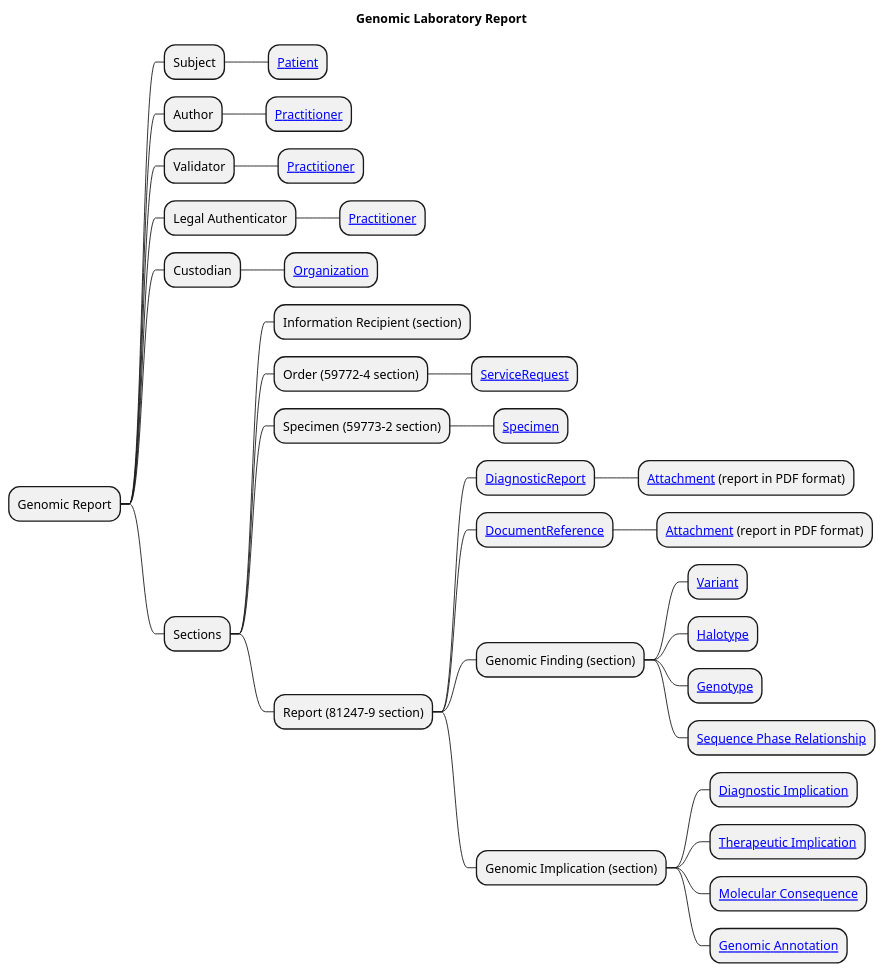
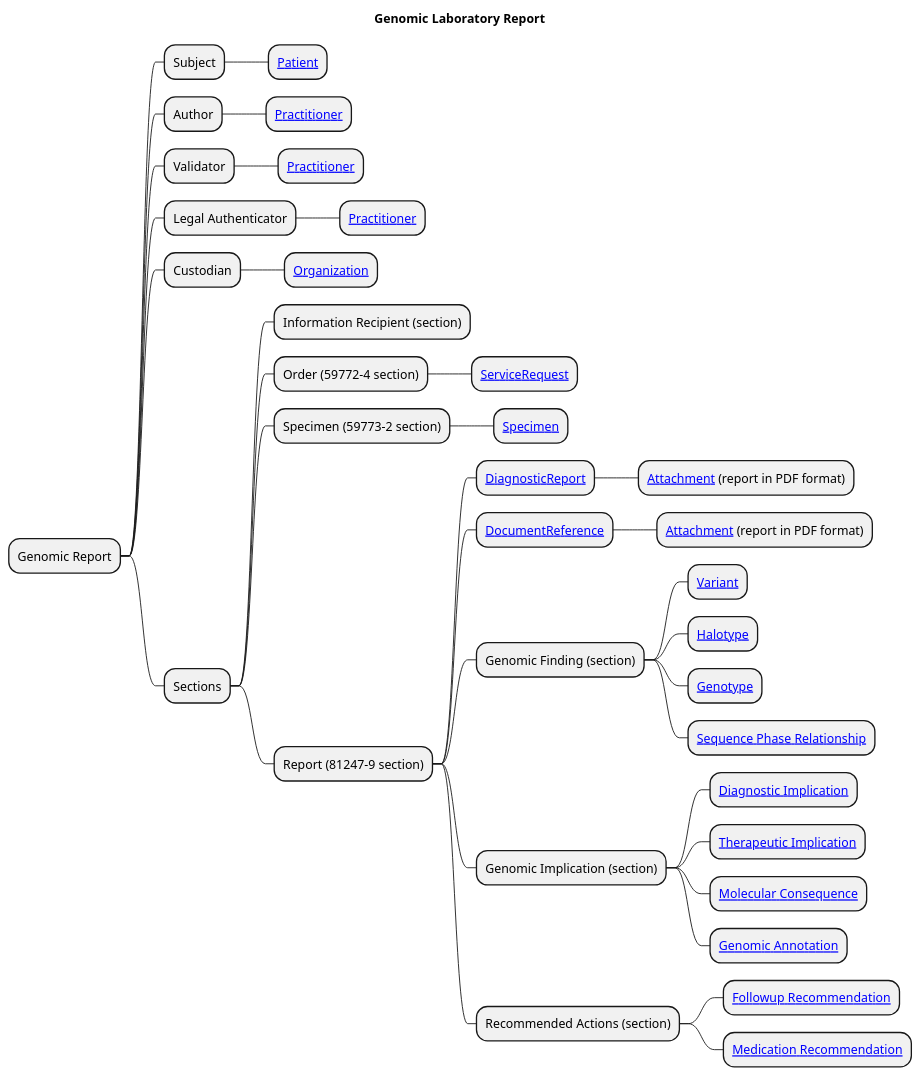
Before and after one commit to nw-gmsa/nw-gmsa.github.com: the diagram in input/images-source/LaboratoryReport-mindmap.plantuml, drawn with PlantUML. The commit also changed 1 other file, not shown here.

Commit message:
Lab Report mindmap

```diff
--- a/input/images-source/LaboratoryReport-mindmap.plantuml
+++ b/input/images-source/LaboratoryReport-mindmap.plantuml
@@ -1,38 +1,41 @@
 @startmindmap
 
 title "Genomic Laboratory Report"
 
 * Genomic Report
 ** Subject
 *** [[StructureDefinition-Patient.html Patient]]
 ** Author
 *** [[StructureDefinition-Practitioner.html Practitioner]]
 ** Validator
 *** [[StructureDefinition-Practitioner.html Practitioner]]
 ** Legal Authenticator
 *** [[StructureDefinition-Practitioner.html Practitioner]]
 ** Custodian
 *** [[StructureDefinition-Organization.html Organization]]
 ** Sections
 *** Information Recipient (section)
 *** Order (59772-4 section)
 **** [[StructureDefinition-ServiceRequest.html ServiceRequest]]
 *** Specimen (59773-2 section)
 **** [[StructureDefinition-Specimen.html Specimen]]
 *** Report (81247-9 section)
 **** [[StructureDefinition-DiagnosticReport.html DiagnosticReport]]
 ***** [[StructureDefinition-NWAttachment.html Attachment]] (report in PDF format)
 **** [[StructureDefinition-DocumentReference.html DocumentReference]]
 ***** [[StructureDefinition-NWAttachment.html Attachment]] (report in PDF format)
 **** Genomic Finding (section)
 ***** [[StructureDefinition-Observation-Variant.html Variant]]
 ***** [[http://hl7.org/fhir/uv/genomics-reporting/StructureDefinition/haplotype Halotype]]
 ***** [[https://build.fhir.org/ig/HL7/genomics-reporting/StructureDefinition-genotype.html Genotype]]
 ***** [[http://hl7.org/fhir/uv/genomics-reporting/StructureDefinition/sequence-phase-relationship Sequence Phase Relationship]]
 **** Genomic Implication (section)
 ***** [[StructureDefinition-Observation-DiagnosticImplication.html Diagnostic Implication]]
 ***** [[StructureDefinition-Observation-TherapeuticImplication.html Therapeutic Implication]]
 ***** [[https://build.fhir.org/ig/HL7/genomics-reporting/StructureDefinition-molecular-consequence.html Molecular Consequence]]
 ***** [[https://build.fhir.org/ig/HL7/genomics-reporting/StructureDefinition-genomic-annotation.html Genomic Annotation]]
+**** Recommended Actions (section)
+***** [[https://build.fhir.org/ig/HL7/genomics-reporting/StructureDefinition-followup-recommendation.html Followup Recommendation]]
+***** [[https://build.fhir.org/ig/HL7/genomics-reporting/StructureDefinition-medication-recommendation.html Medication Recommendation]]
 
 @endmindmap
```
